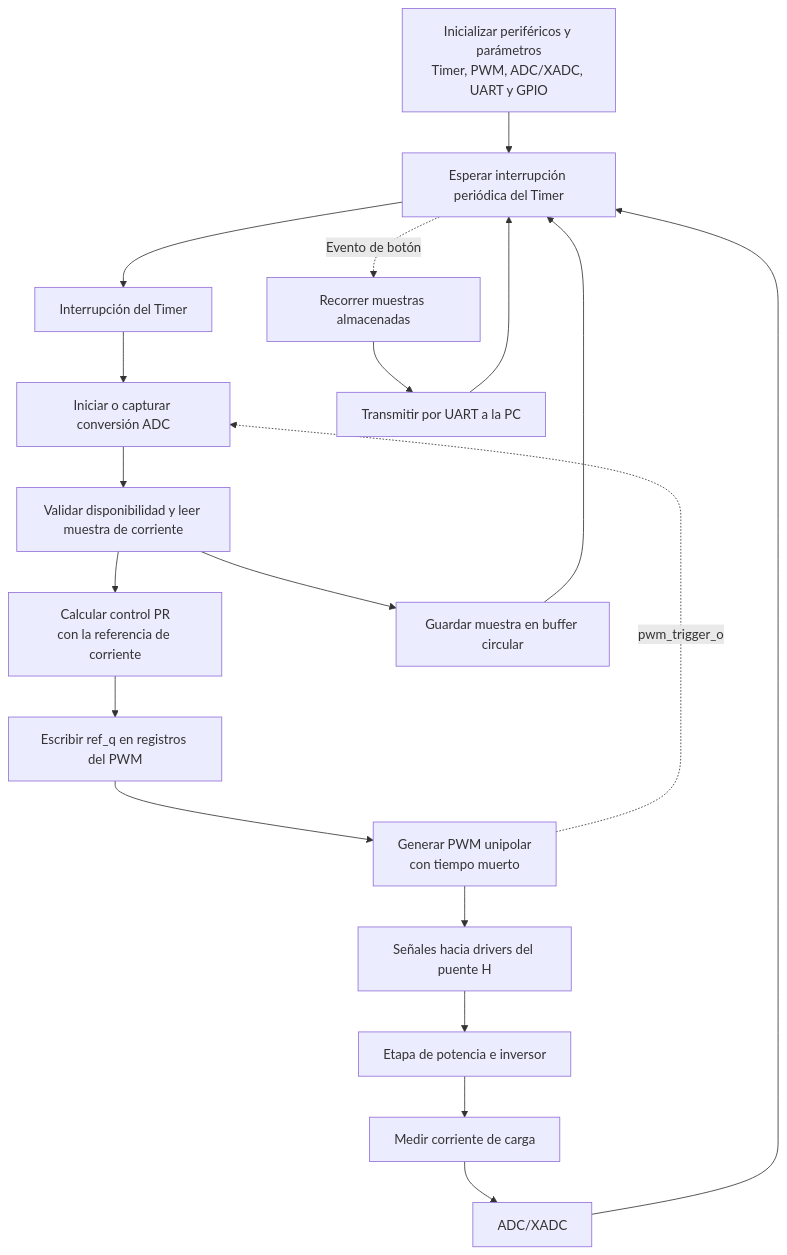
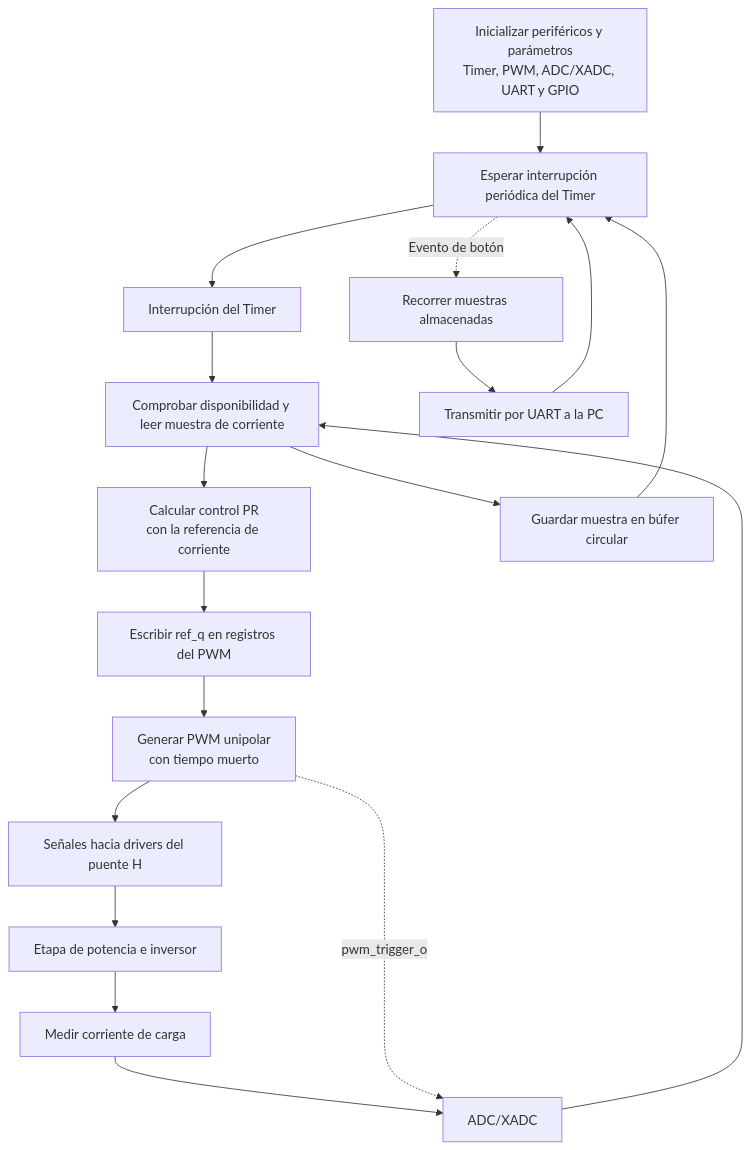
The fourth of 4 diagrams in docs/diseno/diseno.md (ee-herrerar/EL3313-Proyecto-4), drawn with Mermaid before and after one commit. The commit also changed other lines of this file and 9 other files, not shown here.

````diff
--- a/docs/diseno/diseno.md
+++ b/docs/diseno/diseno.md
@@ -308,21 +318,20 @@
 ```mermaid
 flowchart TD
     I["Inicializar periféricos y parámetros<br/>Timer, PWM, ADC/XADC, UART y GPIO"] --> W["Esperar interrupción periódica del Timer"]
     W --> T["Interrupción del Timer"]
-    T --> A["Iniciar o capturar conversión ADC"]
-    A --> M["Validar disponibilidad y leer muestra de corriente"]
+    T --> M["Comprobar disponibilidad y leer muestra de corriente"]
     M --> C["Calcular control PR<br/>con la referencia de corriente"]
     C --> R["Escribir ref_q en registros del PWM"]
     R --> P["Generar PWM unipolar<br/>con tiempo muerto"]
     P --> D["Señales hacia drivers del puente H"]
     D --> H["Etapa de potencia e inversor"]
     H --> S["Medir corriente de carga"]
     S --> X["ADC/XADC"]
-    X --> W
-    M --> B["Guardar muestra en buffer circular"]
+    X --> M
+    M --> B["Guardar muestra en búfer circular"]
     B --> W
     W -.->|Evento de botón| E["Recorrer muestras almacenadas"]
     E --> U["Transmitir por UART a la PC"]
     U --> W
-    P -.->|pwm_trigger_o| A
+    P -.->|pwm_trigger_o| X
 ```
````
